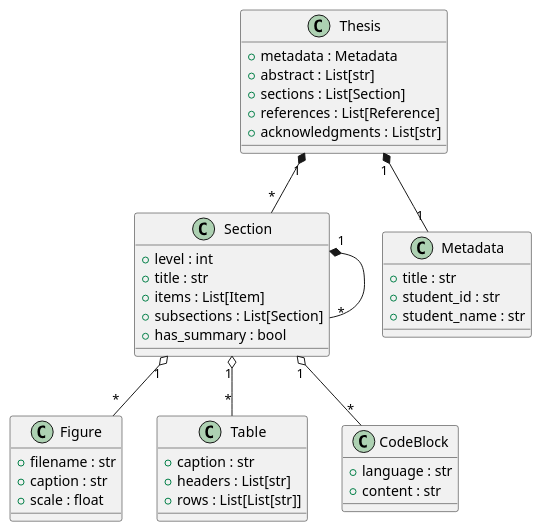
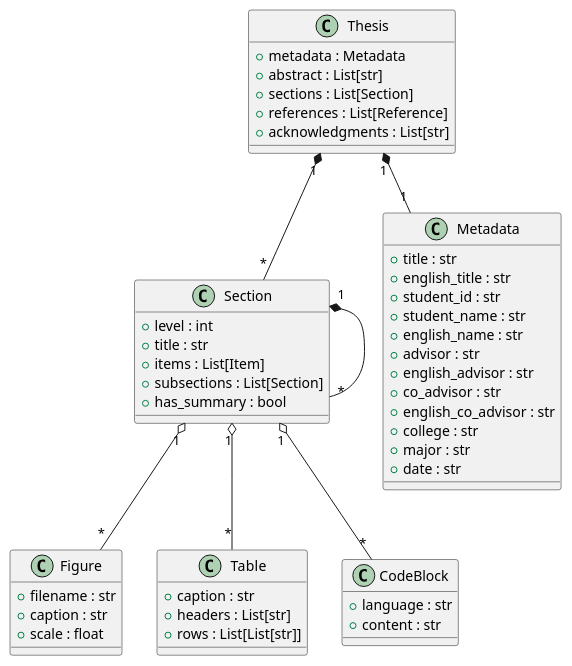
Before and after one commit to Modulus010/thesis-builder: the third of 3 diagrams in examples/compiler-thesis.md, drawn with PlantUML. The commit also changed other lines of this file and 1 other file, not shown here.

Commit message:
Enhance metadata structure: add English fields and unify date format

```diff
--- a/examples/compiler-thesis.md
+++ b/examples/compiler-thesis.md
@@ -139,47 +140,56 @@
 @startuml
 class Thesis {
   +metadata : Metadata
   +abstract : List[str]
   +sections : List[Section]
   +references : List[Reference]
   +acknowledgments : List[str]
 }
 
 class Section {
   +level : int
   +title : str
   +items : List[Item]
   +subsections : List[Section]
   +has_summary : bool
 }
 
 class Metadata {
   +title : str
+  +english_title : str
   +student_id : str
   +student_name : str
+  +english_name : str
+  +advisor : str
+  +english_advisor : str
+  +co_advisor : str
+  +english_co_advisor : str
+  +college : str
+  +major : str
+  +date : str
 }
 
 class Figure {
   +filename : str
   +caption : str
   +scale : float
 }
 
 class Table {
   +caption : str
   +headers : List[str]
   +rows : List[List[str]]
 }
 
 class CodeBlock {
   +language : str
   +content : str
 }
 
 Thesis "1" *-- "1" Metadata
 Thesis "1" *-- "*" Section
 Section "1" *-- "*" Section
 Section "1" o-- "*" Figure
 Section "1" o-- "*" Table
 Section "1" o-- "*" CodeBlock
 @enduml
```
